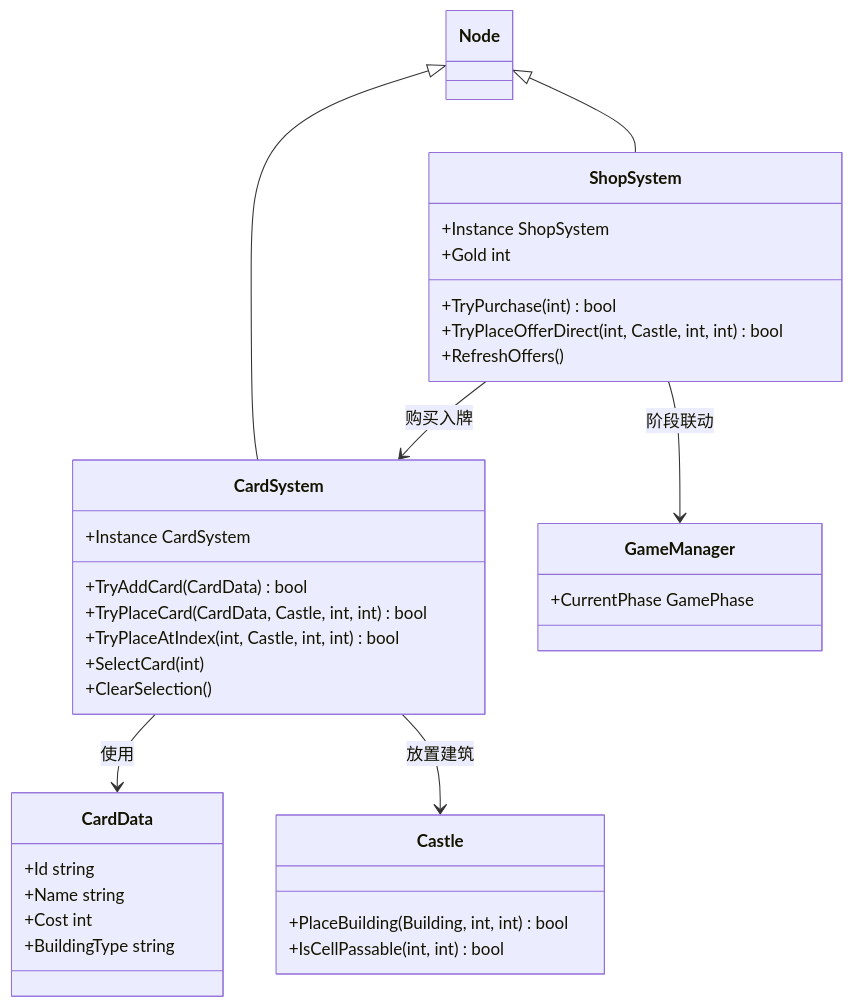
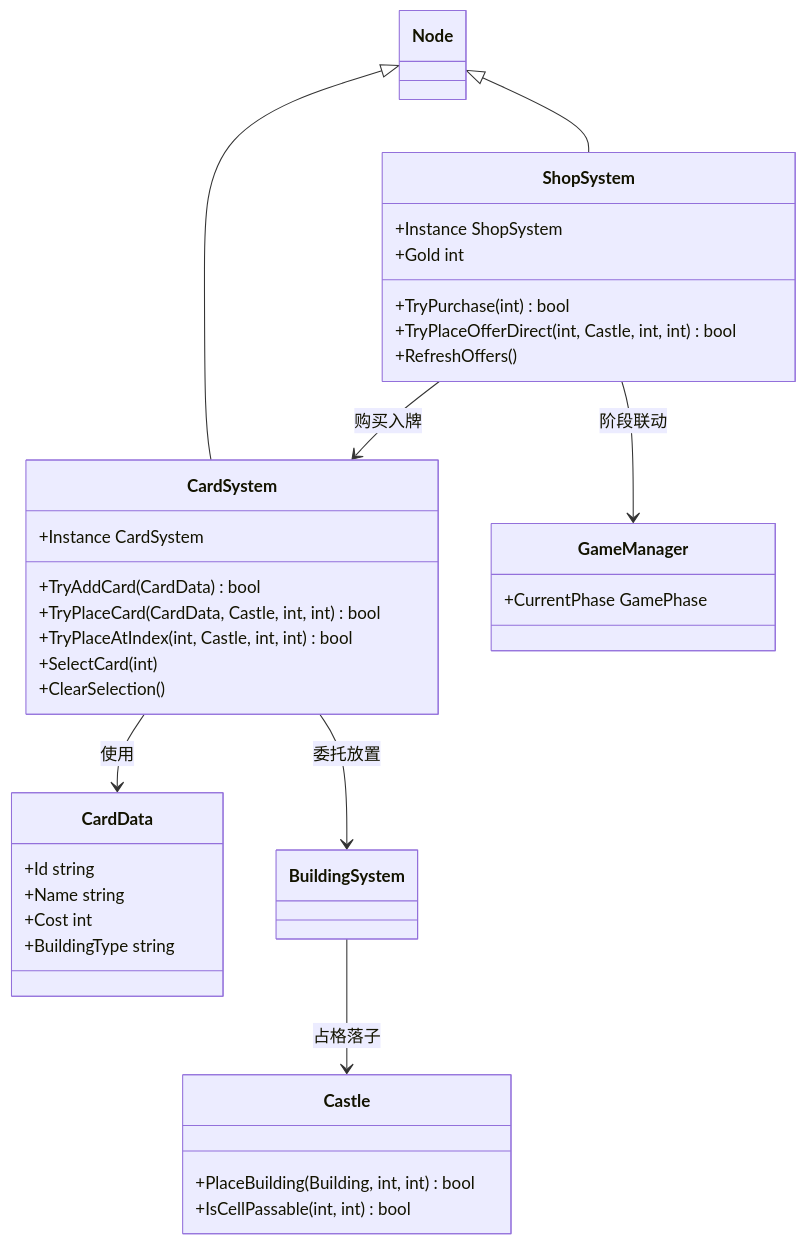
One commit to xiaomaitai/CasualCastle changed the eighth of 8 diagrams in devPlan/codeStructure.md. Above: the diagram before and after it, drawn with Mermaid. The commit also changed other lines of this file and 9 other files, not shown here.

````diff
--- a/devPlan/codeStructure.md
+++ b/devPlan/codeStructure.md
@@ -431,39 +438,40 @@
 ```mermaid
 classDiagram
     class Node
     class ShopSystem {
         +Instance ShopSystem
         +Gold int
         +TryPurchase(int) bool
         +TryPlaceOfferDirect(int, Castle, int, int) bool
         +RefreshOffers()
     }
     class CardSystem {
         +Instance CardSystem
         +TryAddCard(CardData) bool
         +TryPlaceCard(CardData, Castle, int, int) bool
         +TryPlaceAtIndex(int, Castle, int, int) bool
         +SelectCard(int)
         +ClearSelection()
     }
     class CardData {
         +Id string
         +Name string
         +Cost int
         +BuildingType string
     }
     class Castle {
         +PlaceBuilding(Building, int, int) bool
         +IsCellPassable(int, int) bool
     }
     class GameManager {
         +CurrentPhase GamePhase
     }
 
     Node <|-- ShopSystem
     Node <|-- CardSystem
     ShopSystem --> GameManager : 阶段联动
     ShopSystem --> CardSystem : 购买入牌
     CardSystem --> CardData : 使用
-    CardSystem --> Castle : 放置建筑
+    CardSystem --> BuildingSystem : 委托放置
+    BuildingSystem --> Castle : 占格落子
 ```
````
